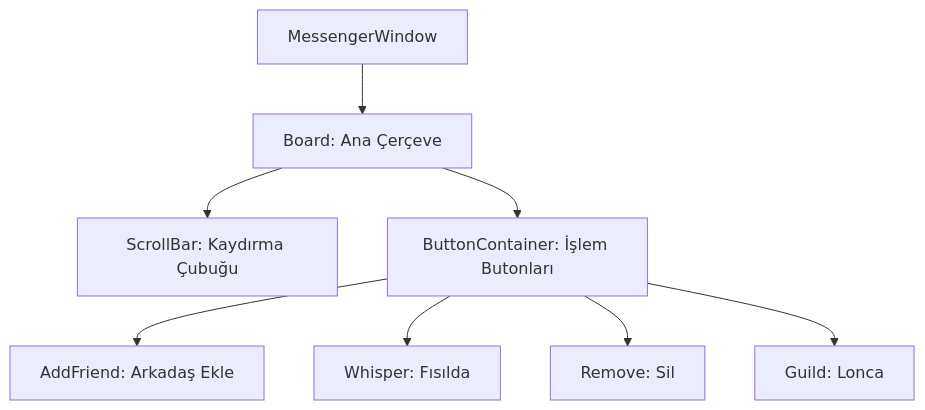
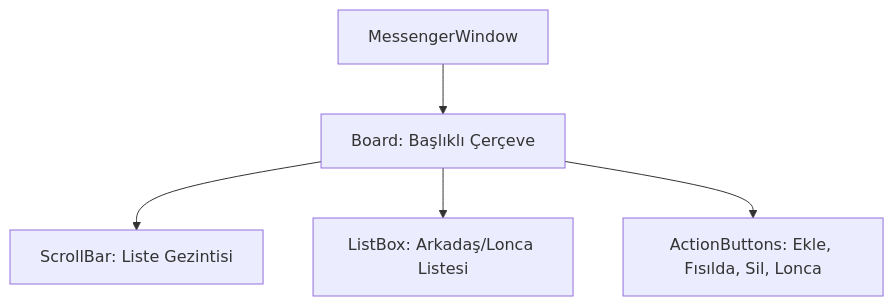
The diagram in uiscript/messengerwindow/skills.md (Engin622/Metin2-Pack-Agent-Skills), drawn with Mermaid before and after one commit. The commit also changed other lines of this file and 10 other files, not shown here.

````diff
--- a/uiscript/messengerwindow/skills.md
+++ b/uiscript/messengerwindow/skills.md
@@ -49,10 +35,7 @@
 ```mermaid
 graph TD
-    A[MessengerWindow] --> B[Board: Ana Çerçeve]
-    B --> C[ScrollBar: Kaydırma Çubuğu]
-    B --> D[ButtonContainer: İşlem Butonları]
-    D --> D1[AddFriend: Arkadaş Ekle]
-    D --> D2[Whisper: Fısılda]
-    D --> D3[Remove: Sil]
-    D --> D4[Guild: Lonca]
+    A[MessengerWindow] --> B[Board: Başlıklı Çerçeve]
+    B --> C[ScrollBar: Liste Gezintisi]
+    B --> D[ListBox: Arkadaş/Lonca Listesi]
+    B --> E[ActionButtons: Ekle, Fısılda, Sil, Lonca]
 ```
````
